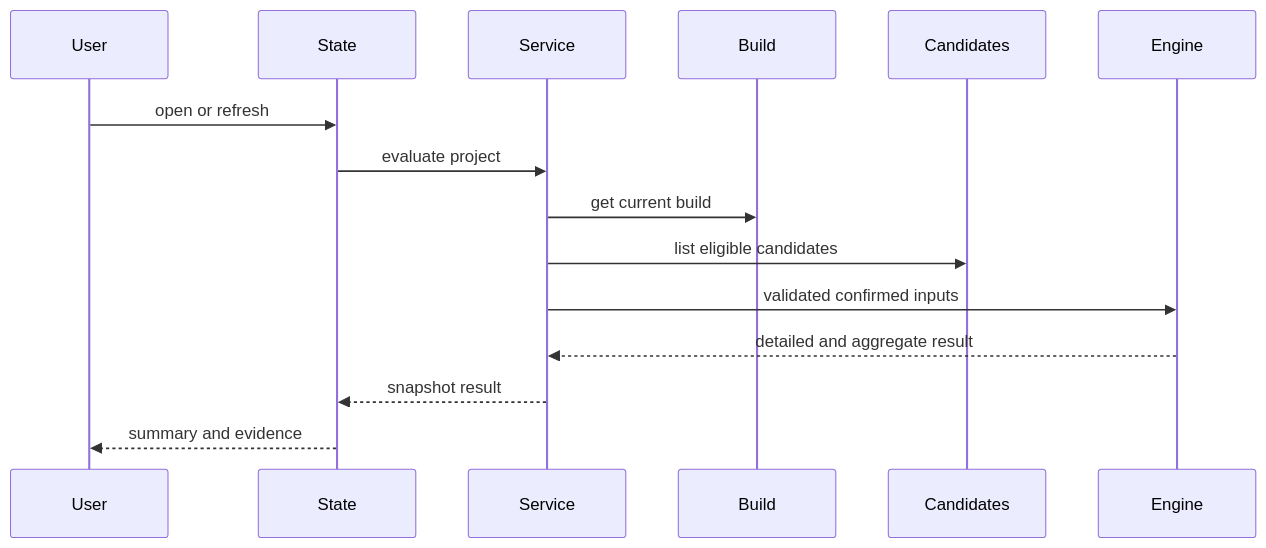
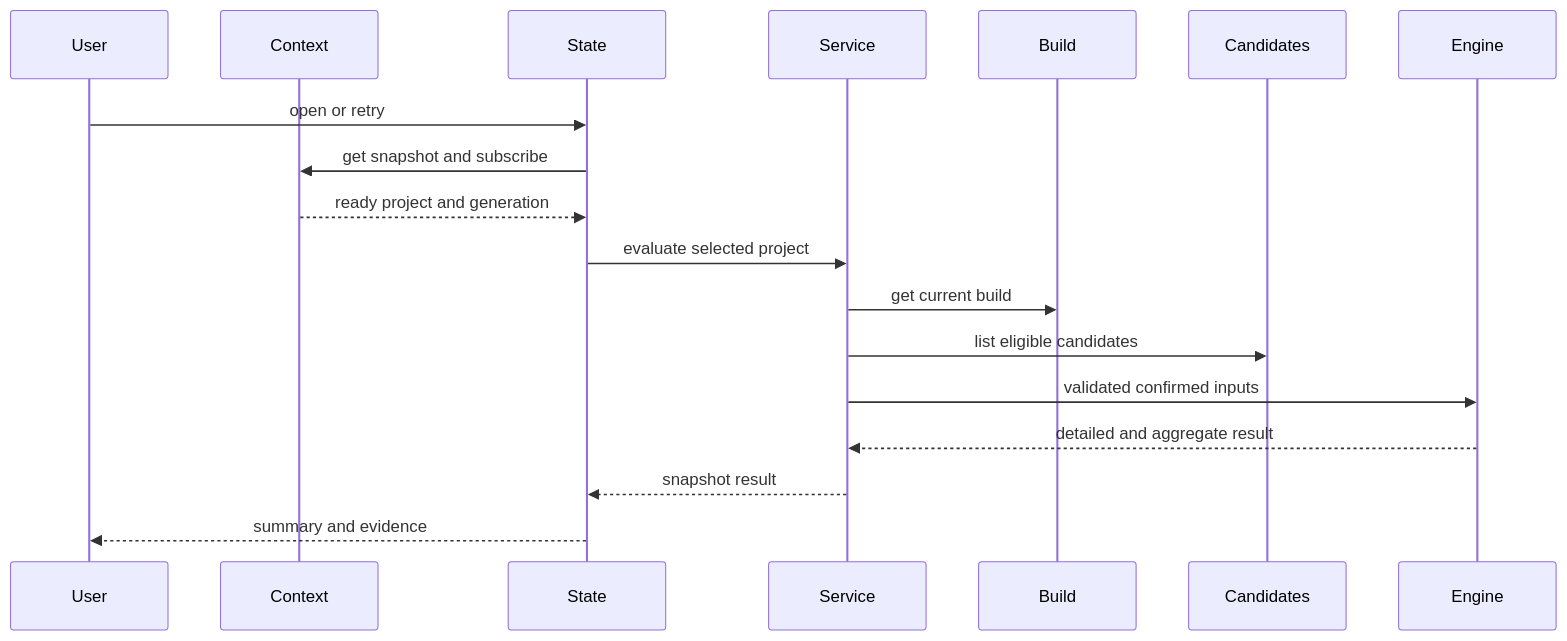
The second of 2 diagrams in .kiro/specs/compatibility-checking/design.md (Huruikagi/pc-build-planner), drawn with Mermaid before and after one commit. The commit also changed other lines of this file and 4 other files, not shown here.

````diff
--- a/.kiro/specs/compatibility-checking/design.md
+++ b/.kiro/specs/compatibility-checking/design.md
@@ -108,17 +131,20 @@
 ```mermaid
 sequenceDiagram
     participant User
+    participant Context
     participant State
     participant Service
     participant Build
     participant Candidates
     participant Engine
-    User->>State: open or refresh
-    State->>Service: evaluate project
+    User->>State: open or retry
+    State->>Context: get snapshot and subscribe
+    Context-->>State: ready project and generation
+    State->>Service: evaluate selected project
     Service->>Build: get current build
     Service->>Candidates: list eligible candidates
     Service->>Engine: validated confirmed inputs
     Engine-->>Service: detailed and aggregate result
     Service-->>State: snapshot result
     State-->>User: summary and evidence
 ```
````
